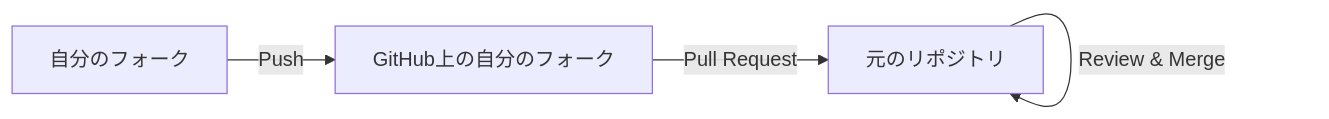
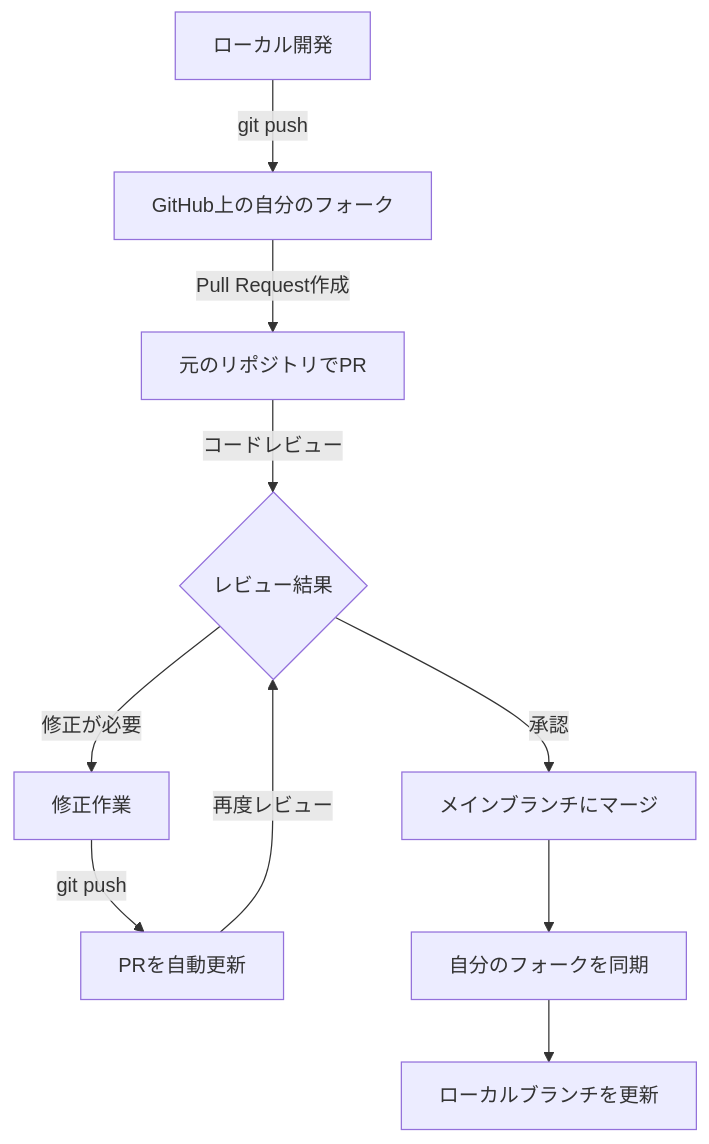
Before and after one commit to kanghouchao/japan-life-guide: the diagram in docs/workflow.md, drawn with Mermaid.

Commit message:
fix: improve Mermaid flowchart clarity in PR workflow
- Fix confusing circular flow in pull request diagram
- Show clear revision cycle: modify → push → auto-update PR → re-review
- Remove ambiguous flow where修正作業 returned to fork instead of updating PR
- Make workflow more beginner-friendly and accurate to GitHub PR process

Resolves review comment about confusing flowchart in PR #12

````diff
--- a/docs/workflow.md
+++ b/docs/workflow.md
@@ -190,6 +190,12 @@
 ```mermaid
-graph LR
-    A[自分のフォーク] -->|Push| B[GitHub上の自分のフォーク]
-    B -->|Pull Request| C[元のリポジトリ]
-    C -->|Review & Merge| C
+graph TD
+    A[ローカル開発] -->|git push| B[GitHub上の自分のフォーク]
+    B -->|Pull Request作成| C[元のリポジトリでPR]
+    C -->|コードレビュー| D{レビュー結果}
+    D -->|修正が必要| E[修正作業]
+    E -->|git push| F[PRを自動更新]
+    F -->|再度レビュー| D
+    D -->|承認| G[メインブランチにマージ]
+    G --> H[自分のフォークを同期]
+    H --> I[ローカルブランチを更新]
 ```
````
